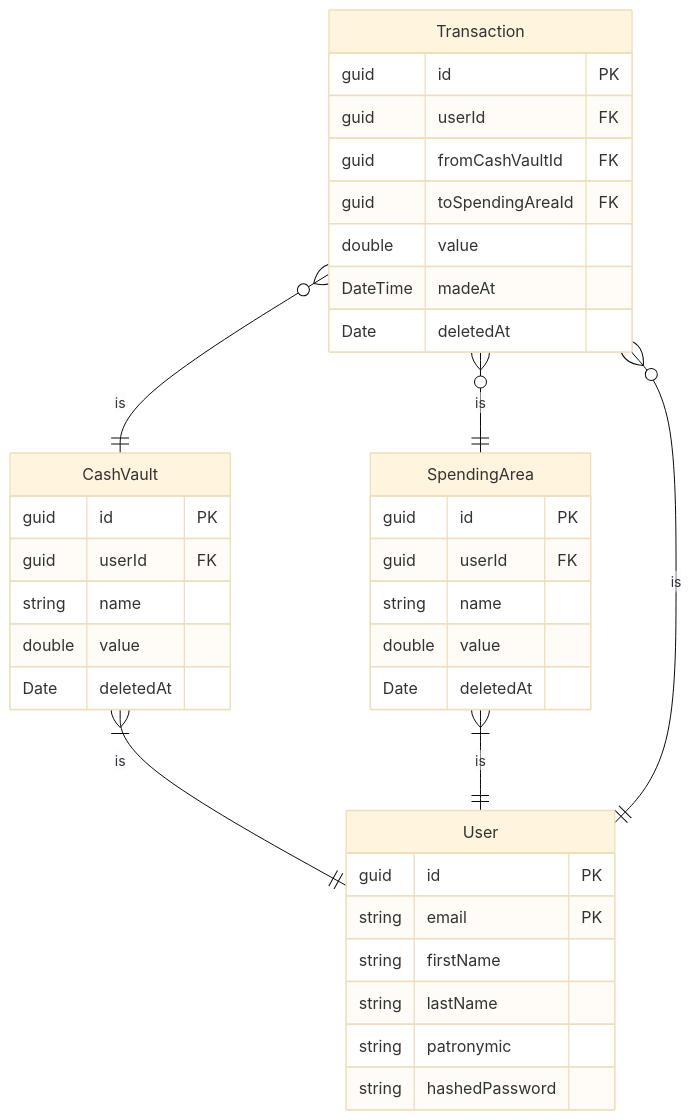
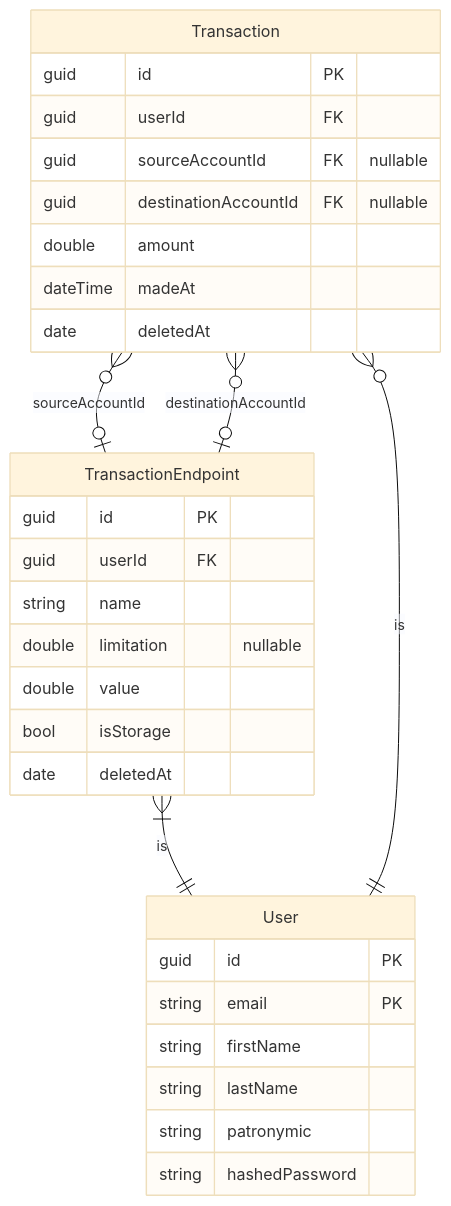
Before and after one commit to Pipotka/SmartWallet: the diagram in README.md, drawn with Mermaid (base theme).

Commit message:
Обновил документацию

````diff
--- a/README.md
+++ b/README.md
@@ -7,42 +7,35 @@
 ```mermaid
 erDiagram
-    CashVault }|--|| User : is
-    CashVault {
+    TransactionEndpoint }|--|| User : is
+    TransactionEndpoint {
         guid id PK
         guid userId FK
         string name
+        double limitation "nullable"
         double value
-        Date deletedAt
-    }
-
-    SpendingArea }|--|| User : is
-    SpendingArea{
-        guid id PK
-        guid userId FK
-        string name
-        double value
-        Date deletedAt
+        bool isStorage
+        date deletedAt
     }
 
     Transaction }o--|| User : is
-    Transaction }o--|| CashVault : is
-    Transaction }o--|| SpendingArea : is
+    Transaction }o--o| TransactionEndpoint : sourceAccountId
+    Transaction }o--o| TransactionEndpoint : destinationAccountId
     Transaction {
         guid id PK
         guid userId FK
-        guid fromCashVaultId FK
-        guid toSpendingAreaId FK
-        double value
-        DateTime madeAt
-        Date deletedAt
+        guid sourceAccountId FK "nullable"
+        guid destinationAccountId FK "nullable"
+        double amount
+        dateTime madeAt
+        date deletedAt
     }
 
     User {
         guid id PK
         string email PK
         string firstName
         string lastName
         string patronymic
         string hashedPassword
     }
 ```
````
